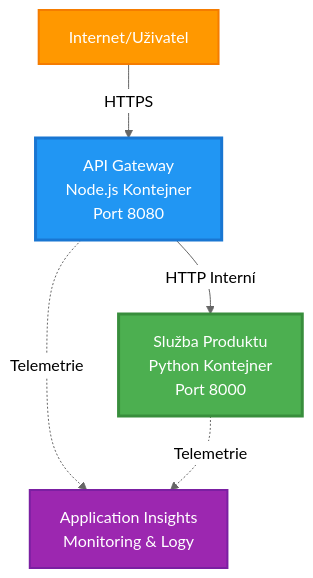
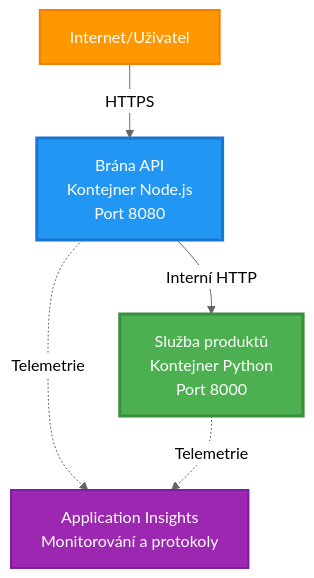
One commit to microsoft/AZD-for-beginners changed the first of 4 diagrams in translations/cs/examples/microservices/README.md. Above: the diagram before and after it, drawn with Mermaid (neutral theme). The commit also changed other lines of this file and 243 other files, not shown here.

````diff
--- a/translations/cs/examples/microservices/README.md
+++ b/translations/cs/examples/microservices/README.md
@@ -40,17 +31,17 @@
 ```mermaid
 graph TB
     Internet[Internet/Uživatel]
-    Gateway[API Gateway<br/>Node.js Kontejner<br/>Port 8080]
-    Product[Služba Produktu<br/>Python Kontejner<br/>Port 8000]
-    AppInsights[Application Insights<br/>Monitoring & Logy]
+    Gateway[Brána API<br/>Kontejner Node.js<br/>Port 8080]
+    Product[Služba produktů<br/>Kontejner Python<br/>Port 8000]
+    AppInsights[Application Insights<br/>Monitorování a protokoly]
     
     Internet -->|HTTPS| Gateway
-    Gateway -->|HTTP Interní| Product
+    Gateway -->|Interní HTTP| Product
     Gateway -.->|Telemetrie| AppInsights
     Product -.->|Telemetrie| AppInsights
     
     style Gateway fill:#2196F3,stroke:#1976D2,stroke-width:3px,color:#fff
     style Product fill:#4CAF50,stroke:#388E3C,stroke-width:3px,color:#fff
     style Internet fill:#FF9800,stroke:#F57C00,stroke-width:2px,color:#fff
     style AppInsights fill:#9C27B0,stroke:#7B1FA2,stroke-width:2px,color:#fff
 ```
````
